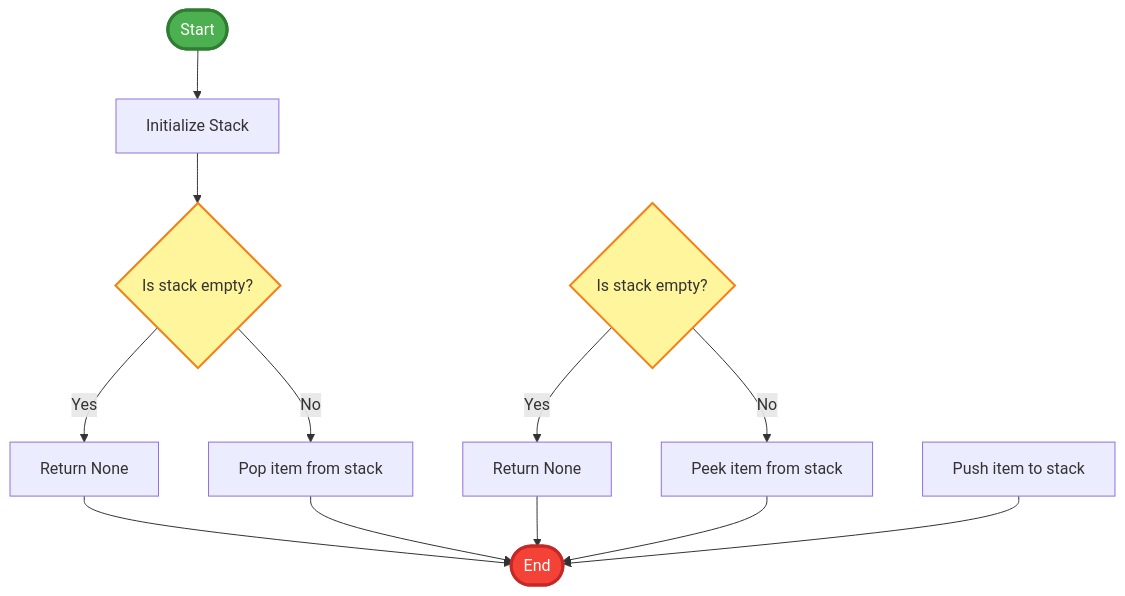
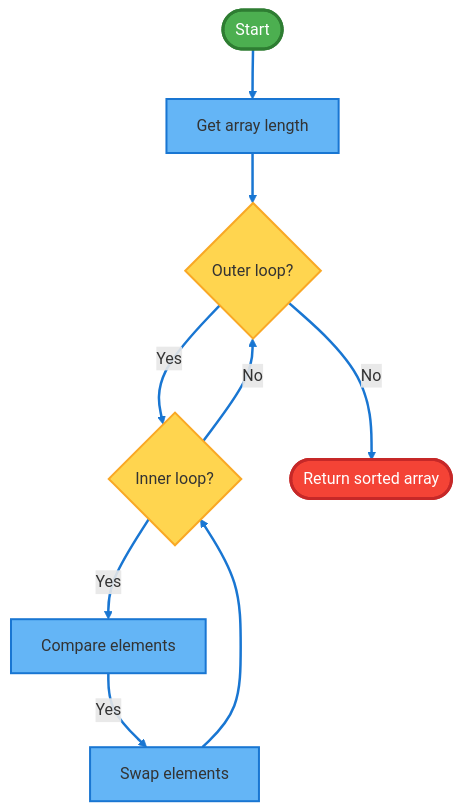
The diagram in temp/flowchart.mmd (ArunMunagala7/langgraph-code-inspector), drawn with Mermaid before and after one commit. The commit also changed 3 other files, not shown here.

Commit message:
FINAL FIX: Simplified robust Mermaid generator with reliable rendering, proper arrow colors, loop handling, and no fallbacks

```diff
--- a/temp/flowchart.mmd
+++ b/temp/flowchart.mmd
@@ -1,30 +1,27 @@
 graph TD
     start([Start])
-    step1[Initialize Stack]
-    step2{Is stack empty?}
-    step3[Return None]
-    step4[Pop item from stack]
-    step5{Is stack empty?}
-    step6[Return None]
-    step7[Peek item from stack]
-    step8[Push item to stack]
-    endNode([End])
-
+    step1[Get array length]
+    step2{Outer loop?}
+    step3{Inner loop?}
+    step4[Compare elements]
+    step5[Swap elements]
+    stepEnd([Return sorted array])
+    
     start --> step1
     step1 --> step2
     step2 -->|Yes| step3
-    step2 -->|No| step4
-    step3 --> endNode
-    step4 --> endNode
-    step5 -->|Yes| step6
-    step5 -->|No| step7
-    step6 --> endNode
-    step7 --> endNode
-    step8 --> endNode
-
-    %% Styling
+    step3 -->|Yes| step4
+    step4 -->|Yes| step5
+    step5 --> step3
+    step3 -->|No| step2
+    step2 -->|No| stepEnd
+    
     style start fill:#4CAF50,stroke:#2E7D32,stroke-width:3px,color:#fff
-    style step2 fill:#FFF59D,stroke:#F57F17,stroke-width:2px
-    style step5 fill:#FFF59D,stroke:#F57F17,stroke-width:2px
-    style endNode fill:#F44336,stroke:#C62828,stroke-width:3px,color:#fff
-    %% Arrow styling
+    style stepEnd fill:#F44336,stroke:#C62828,stroke-width:3px,color:#fff
+    style step1 fill:#64B5F6,stroke:#1976D2,stroke-width:2px
+    style step2 fill:#FFD54F,stroke:#F9A825,stroke-width:2px
+    style step3 fill:#FFD54F,stroke:#F9A825,stroke-width:2px
+    style step4 fill:#64B5F6,stroke:#1976D2,stroke-width:2px
+    style step5 fill:#64B5F6,stroke:#1976D2,stroke-width:2px
+    
+    linkStyle default stroke:#1976D2,stroke-width:2.5px;
```
